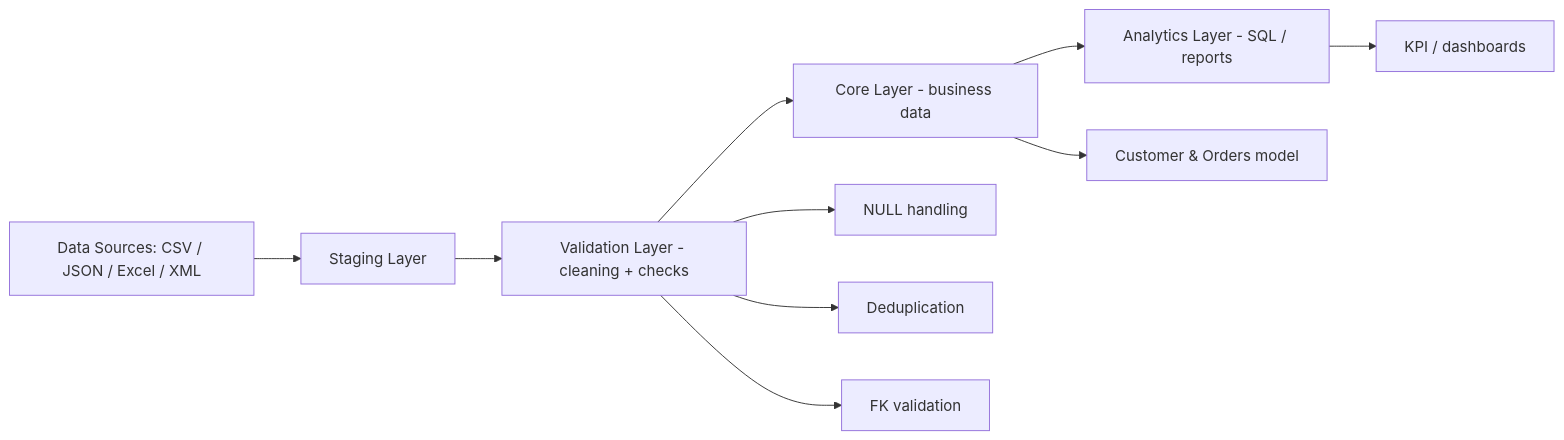
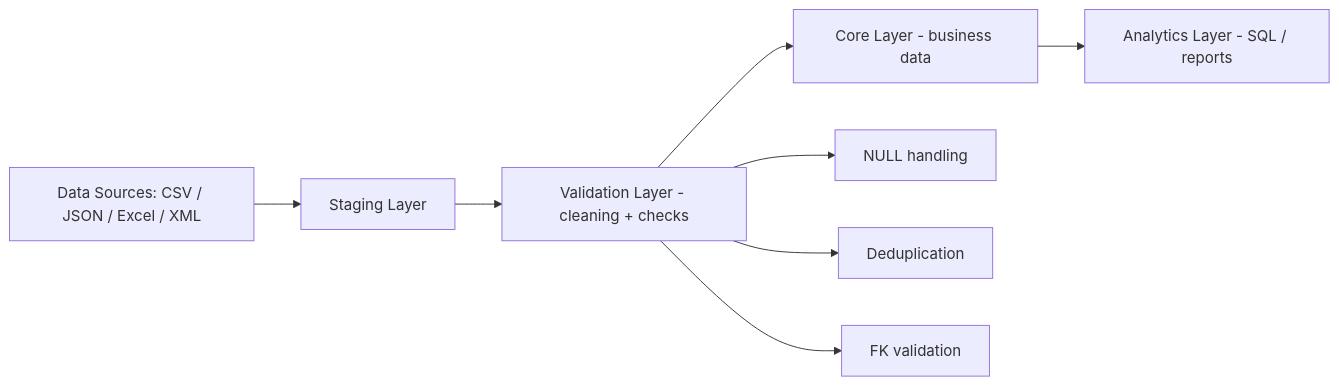
Before and after one commit to affection7/pipline_dit_dz: the first of 2 diagrams in README.md, drawn with Mermaid. The commit also changed other lines of this file, not shown here.

````diff
--- a/README.md
+++ b/README.md
@@ -11,22 +11,20 @@
 ```mermaid
 flowchart LR
 
 A[Data Sources: CSV / JSON / Excel / XML]
 
 B[Staging Layer]
 
 C[Validation Layer - cleaning + checks]
 
 D[Core Layer - business data]
 
 E[Analytics Layer - SQL / reports]
 
 A --> B --> C --> D --> E
 
 C --> C1[NULL handling]
 C --> C2[Deduplication]
 C --> C3[FK validation]
 
-D --> D1[Customer & Orders model]
-E --> E1[KPI / dashboards]
 ```
````
